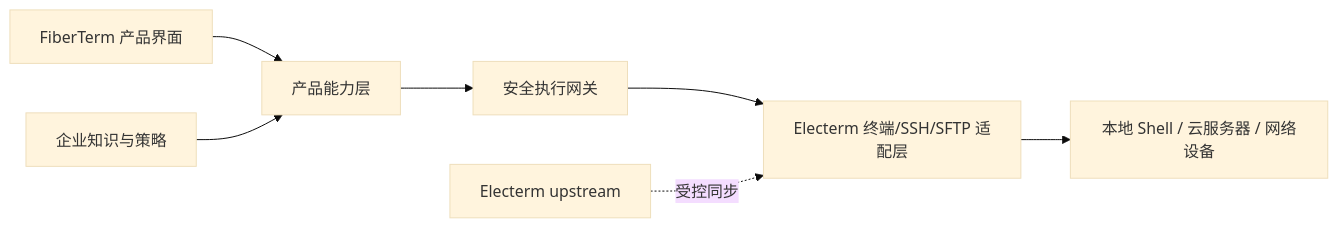
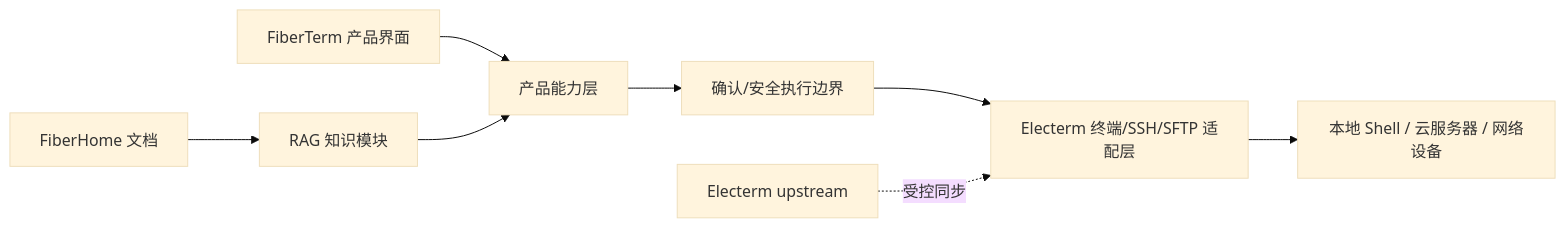
Before and after one commit to GCPD123/electerm: the diagram in docs/architecture.md, drawn with Mermaid (base theme). The commit also changed other lines of this file and 6 other files, not shown here.

Commit message:
docs: define FiberHome RAG-first MVP

````diff
--- a/docs/architecture.md
+++ b/docs/architecture.md
@@ -7,9 +7,10 @@
 ```mermaid
 flowchart LR
   UI["FiberTerm 产品界面"] --> APP["产品能力层"]
-  KB["企业知识与策略"] --> APP
-  APP --> GW["安全执行网关"]
+  DOC["FiberHome 文档"] --> RAG["RAG 知识模块"]
+  RAG --> APP
+  APP --> GW["确认/安全执行边界"]
   GW --> CORE["Electerm 终端/SSH/SFTP 适配层"]
   CORE --> DEV["本地 Shell / 云服务器 / 网络设备"]
   UP["Electerm upstream"] -. "受控同步" .-> CORE
 ```
````
